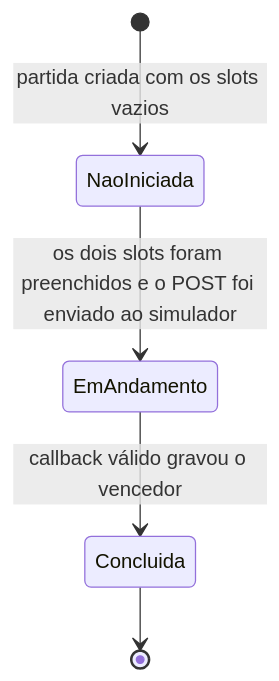
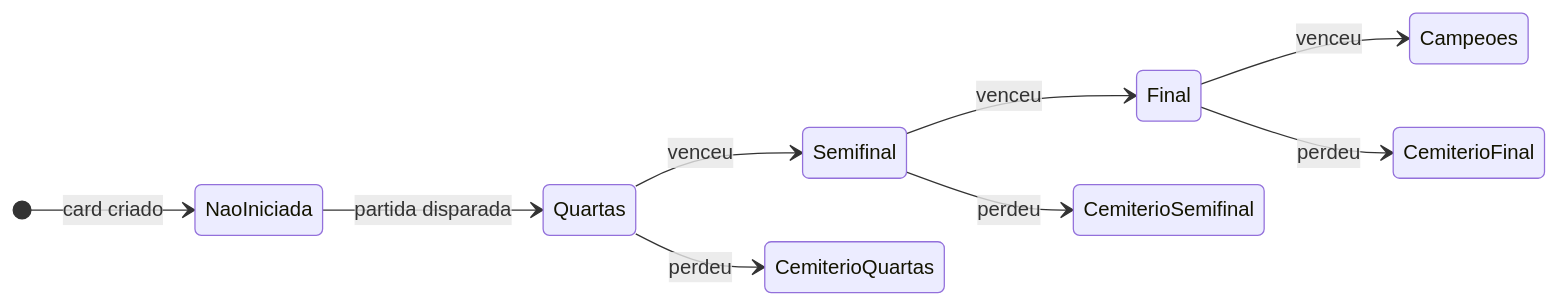
Before and after one commit to LucasAAlv/case-2-torneio: the third of 3 diagrams in docs/arquitetura.md, drawn with Mermaid. The commit also changed other lines of this file, not shown here.

Commit message:
docs: descreve a Arena, os dois flows e o custo estimado

````diff
--- a/docs/arquitetura.md
+++ b/docs/arquitetura.md
@@ -54,7 +67,12 @@
 ```mermaid
 stateDiagram-v2
-  [*] --> NaoIniciada: partida criada com os slots vazios
-  NaoIniciada --> EmAndamento: os dois slots foram preenchidos e o POST foi enviado ao simulador
-  EmAndamento --> Concluida: callback válido gravou o vencedor
-  Concluida --> [*]
+  direction LR
+  [*] --> NaoIniciada: card criado
+  NaoIniciada --> Quartas: partida disparada
+  Quartas --> Semifinal: venceu
+  Quartas --> CemiterioQuartas: perdeu
+  Semifinal --> Final: venceu
+  Semifinal --> CemiterioSemifinal: perdeu
+  Final --> Campeoes: venceu
+  Final --> CemiterioFinal: perdeu
 ```
````
